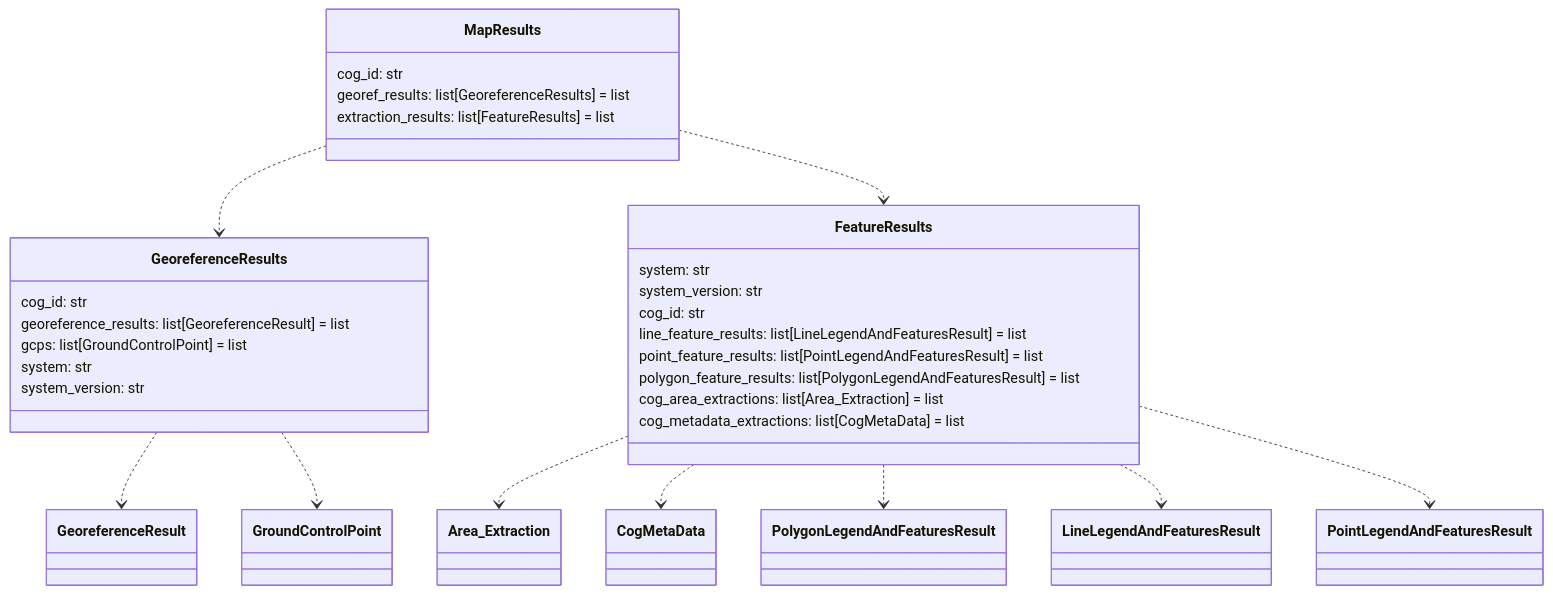
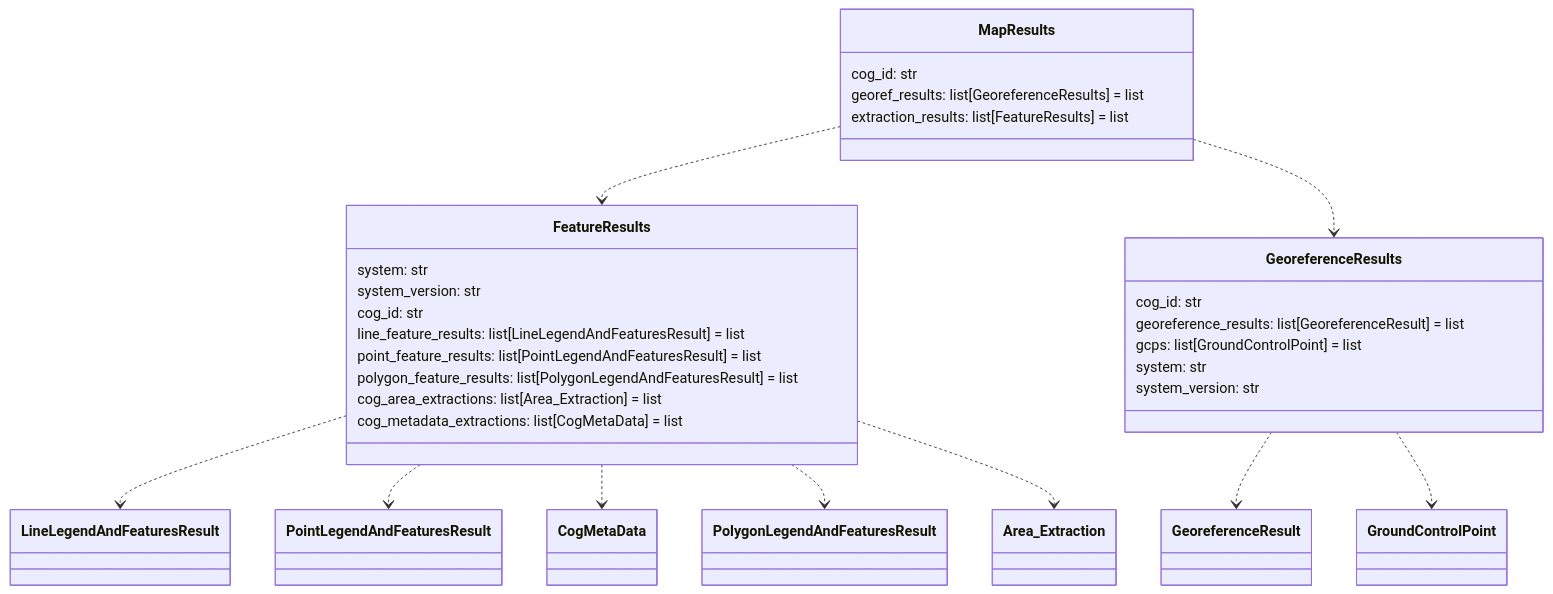
Diagram 11 of 14 in README.md (DARPA-CRITICALMAAS/cdr_schemas), drawn with Mermaid before and after one commit. The commit also changed other lines of this file and 1 other file, not shown here.

````diff
--- a/README.md
+++ b/README.md
@@ -933,40 +888,40 @@
 ```mermaid
 classDiagram
+
+    class FeatureResults {
+        system: str
+        system_version: str
+        cog_id: str
+        line_feature_results: list[LineLegendAndFeaturesResult] = list
+        point_feature_results: list[PointLegendAndFeaturesResult] = list
+        polygon_feature_results: list[PolygonLegendAndFeaturesResult] = list
+        cog_area_extractions: list[Area_Extraction] = list
+        cog_metadata_extractions: list[CogMetaData] = list
+    }
 
     class GeoreferenceResults {
         cog_id: str
         georeference_results: list[GeoreferenceResult] = list
         gcps: list[GroundControlPoint] = list
         system: str
         system_version: str
     }
 
     class MapResults {
         cog_id: str
         georef_results: list[GeoreferenceResults] = list
         extraction_results: list[FeatureResults] = list
     }
 
-    class FeatureResults {
-        system: str
-        system_version: str
-        cog_id: str
-        line_feature_results: list[LineLegendAndFeaturesResult] = list
-        point_feature_results: list[PointLegendAndFeaturesResult] = list
-        polygon_feature_results: list[PolygonLegendAndFeaturesResult] = list
-        cog_area_extractions: list[Area_Extraction] = list
-        cog_metadata_extractions: list[CogMetaData] = list
-    }
-
-    FeatureResults ..> Area_Extraction
+    FeatureResults ..> LineLegendAndFeaturesResult
+    FeatureResults ..> PointLegendAndFeaturesResult
     FeatureResults ..> CogMetaData
     FeatureResults ..> PolygonLegendAndFeaturesResult
-    FeatureResults ..> LineLegendAndFeaturesResult
-    FeatureResults ..> PointLegendAndFeaturesResult
+    FeatureResults ..> Area_Extraction
     GeoreferenceResults ..> GeoreferenceResult
     GeoreferenceResults ..> GroundControlPoint
+    MapResults ..> FeatureResults
     MapResults ..> GeoreferenceResults
-    MapResults ..> FeatureResults
 
 
 ```
````
